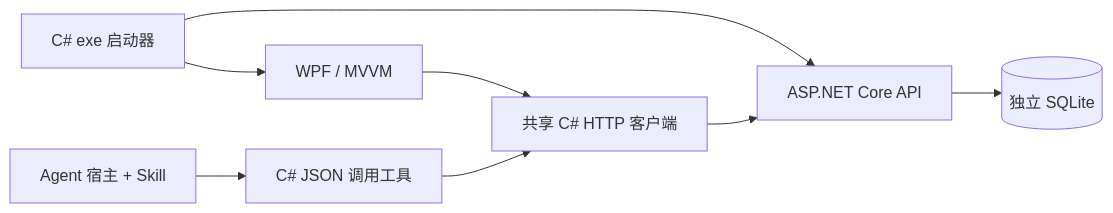
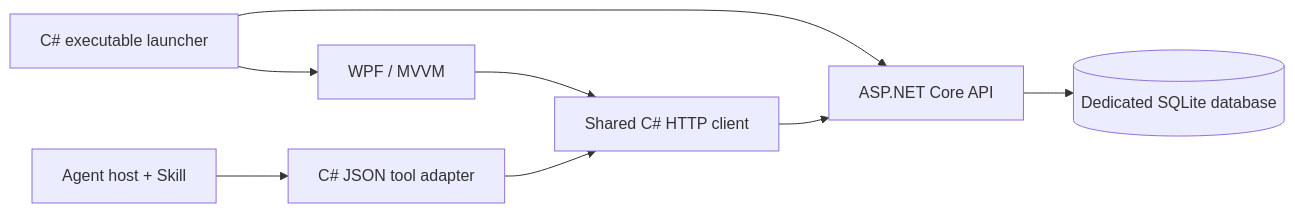
Before and after one commit to jayhuangsci/HabitTracker: the second of 3 diagrams in README.md, drawn with Mermaid. The commit also changed other lines of this file, not shown here.

````diff
--- a/README.md
+++ b/README.md
@@ -176,10 +178,10 @@
 ```mermaid
 flowchart LR
-    Launcher["C# exe 启动器"] --> WPF["WPF / MVVM"]
+    Launcher["C# executable launcher"] --> WPF["WPF / MVVM"]
     Launcher --> API["ASP.NET Core API"]
-    WPF --> Client["共享 C# HTTP 客户端"]
-    Agent["Agent 宿主 + Skill"] --> Tools["C# JSON 调用工具"]
+    WPF --> Client["Shared C# HTTP client"]
+    Agent["Agent host + Skill"] --> Tools["C# JSON tool adapter"]
     Tools --> Client
     Client --> API
-    API --> DB[("独立 SQLite")]
+    API --> DB[("Dedicated SQLite database")]
 ```
````
